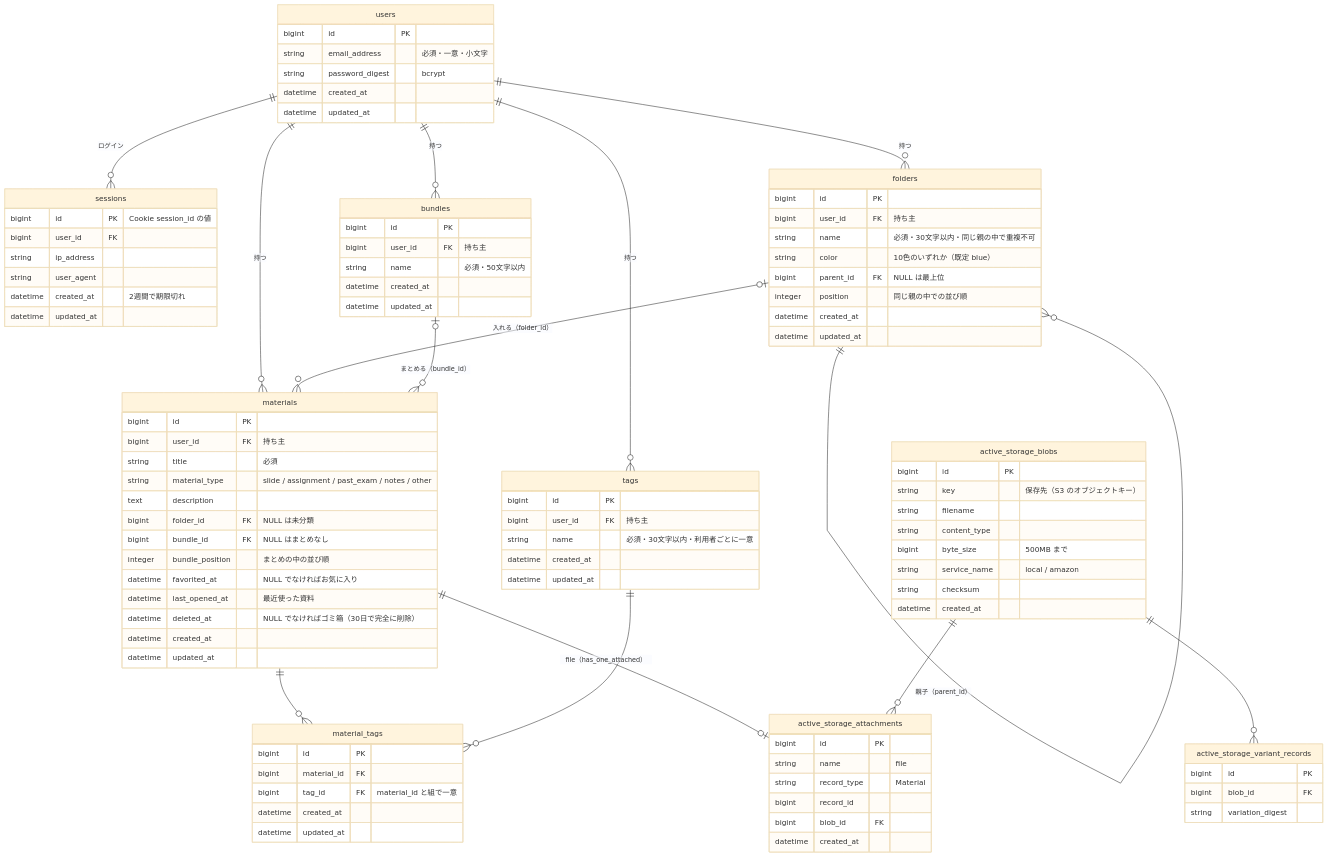
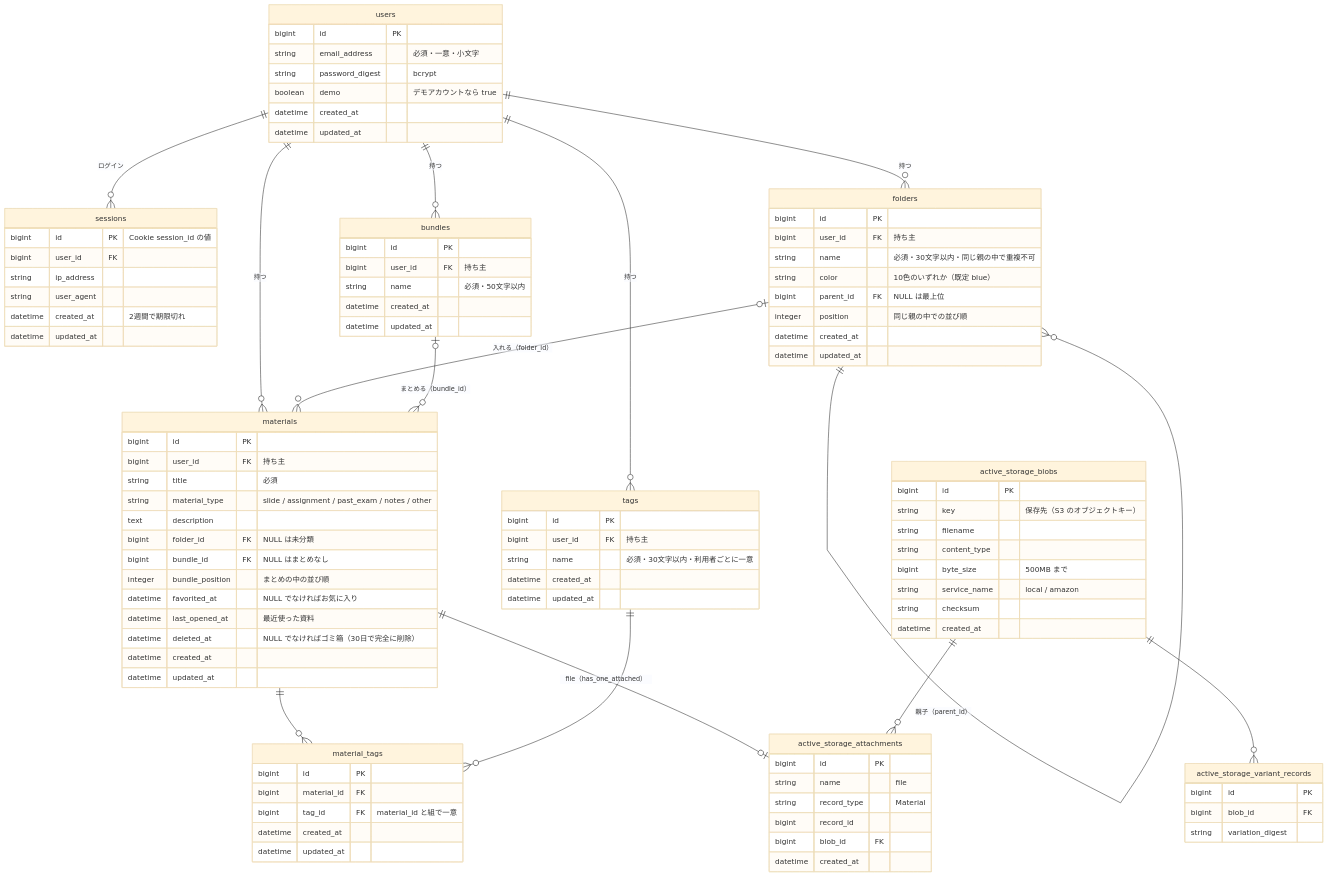
Before and after one commit to tomei0809/MaterialOrg: the diagram in docs/er-diagram.md, drawn with Mermaid (base theme). The commit also changed other lines of this file and 9 other files, not shown here.

```diff
--- a/docs/er-diagram.md
+++ b/docs/er-diagram.md
@@ -23,6 +23,7 @@
         bigint id PK
         string email_address "必須・一意・小文字"
         string password_digest "bcrypt"
+        boolean demo "デモアカウントなら true"
         datetime created_at
         datetime updated_at
     }
```
